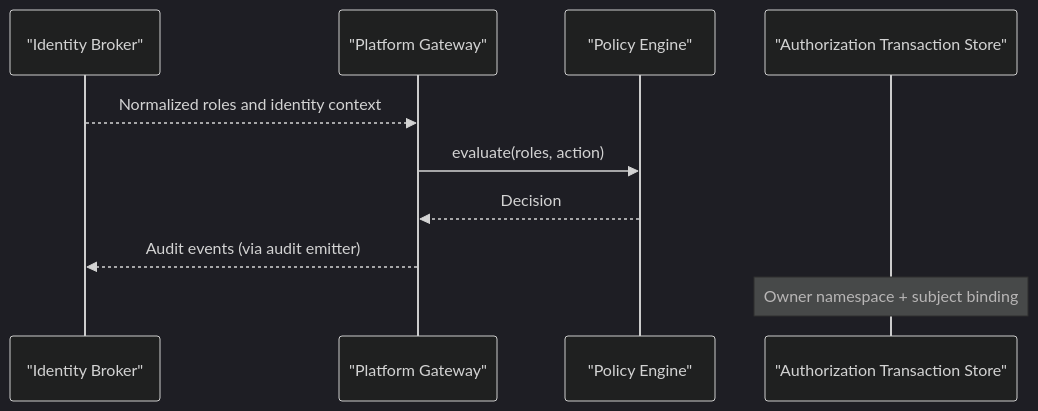
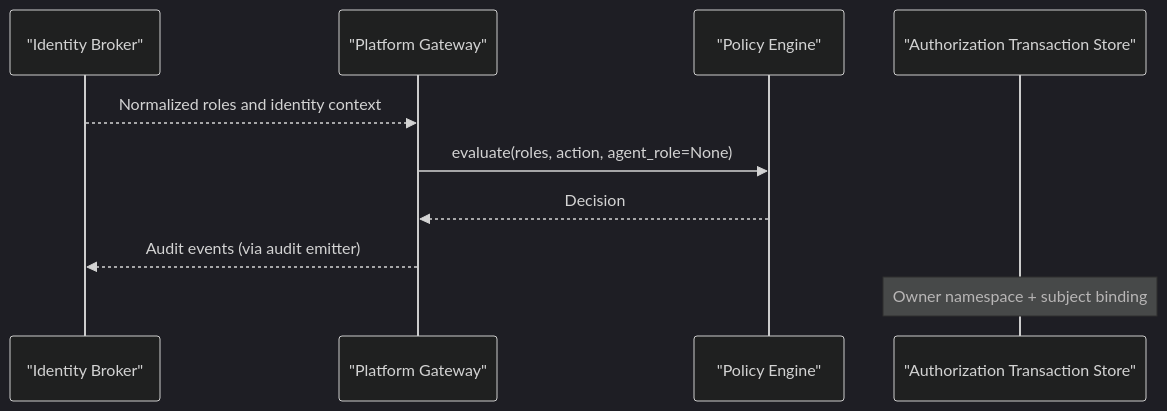
Before and after one commit to metasync/luban-aiops: diagram 13 of 16 in .qoder/repowiki/en/content/Core Services/Platform Gateway/Policy Engine and Authorization.md, drawn with Mermaid (dark theme). The commit also changed other lines of this file and 128 other files, not shown here.

````diff
--- a/.qoder/repowiki/en/content/Core Services/Platform Gateway/Policy Engine and Authorization.md
+++ b/.qoder/repowiki/en/content/Core Services/Platform Gateway/Policy Engine and Authorization.md
@@ -393,12 +542,12 @@
 ```mermaid
 sequenceDiagram
 participant IdP as "Identity Broker"
 participant PGW as "Platform Gateway"
 participant PE as "Policy Engine"
 participant ATX as "Authorization Transaction Store"
 IdP-->>PGW : Normalized roles and identity context
-PGW->>PE : evaluate(roles, action)
+PGW->>PE : evaluate(roles, action, agent_role=None)
 PE-->>PGW : Decision
 PGW-->>IdP : Audit events (via audit emitter)
 Note over ATX : Owner namespace + subject binding
 ```
````
